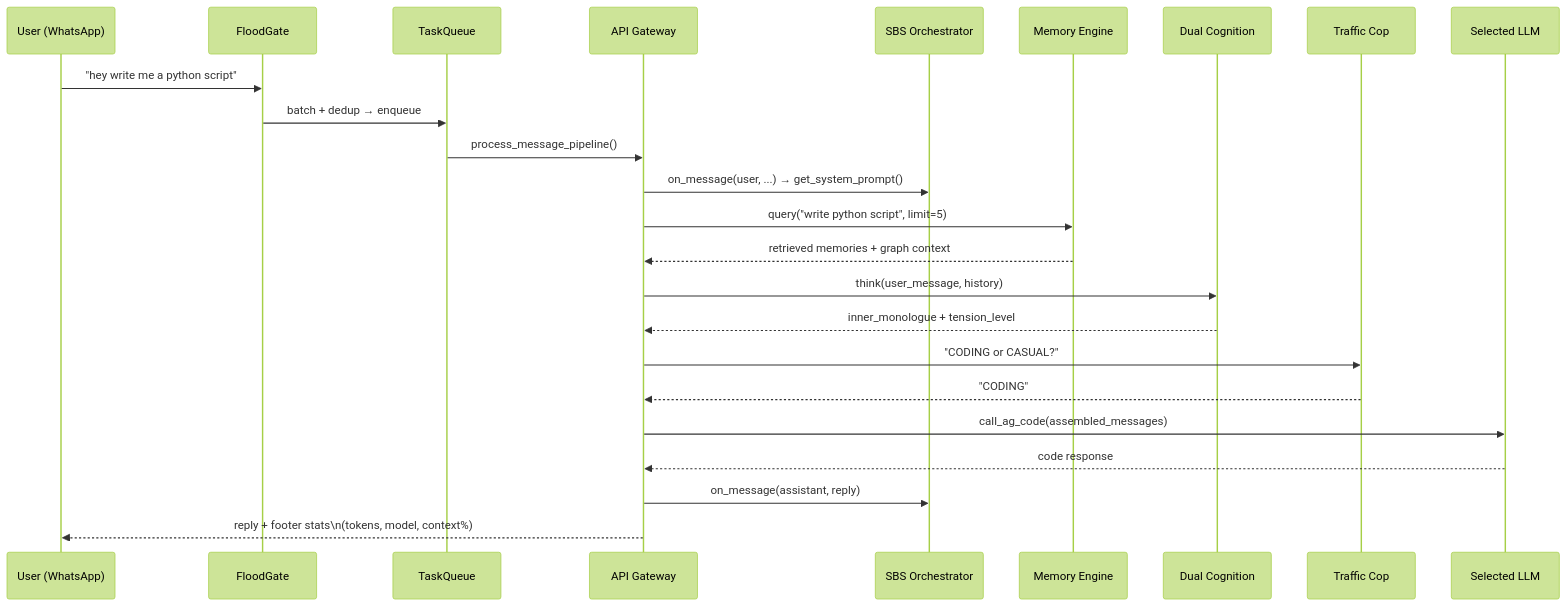
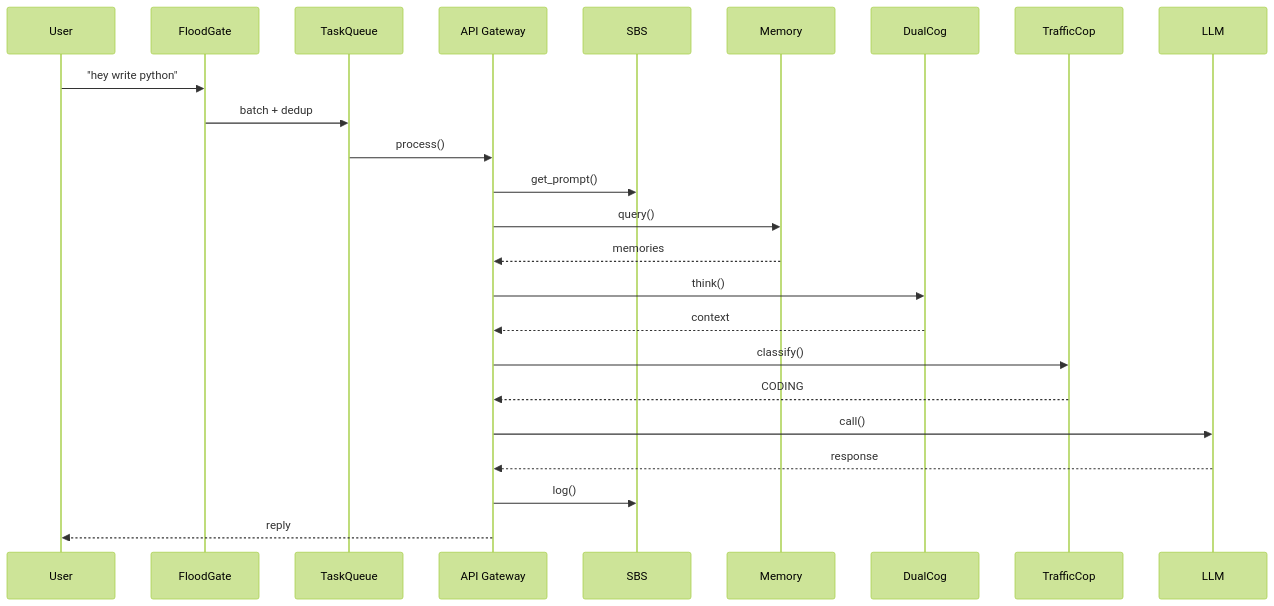
Before and after one commit to UpayanGhosh/Synapse-OSS: the seventh of 7 diagrams in ARCHITECTURE.md, drawn with Mermaid (forest theme). The commit also changed other lines of this file, not shown here.

````diff
--- a/ARCHITECTURE.md
+++ b/ARCHITECTURE.md
@@ -306,27 +304,27 @@
 ```mermaid
 sequenceDiagram
-    participant U  as User (WhatsApp)
+    participant U as User
     participant FG as FloodGate
-    participant Q  as TaskQueue
-    participant G  as API Gateway
-    participant SBS as SBS Orchestrator
-    participant ME as Memory Engine
-    participant DC as Dual Cognition
-    participant TC as Traffic Cop
-    participant LLM as Selected LLM
+    participant Q as TaskQueue
+    participant G as API Gateway
+    participant SBS as SBS
+    participant ME as Memory
+    participant DC as DualCog
+    participant TC as TrafficCop
+    participant LLM as LLM
 
-    U->>FG: "hey write me a python script"
-    FG->>Q: batch + dedup → enqueue
-    Q->>G: process_message_pipeline()
-    G->>SBS: on_message(user, ...) → get_system_prompt()
-    G->>ME: query("write python script", limit=5)
-    ME-->>G: retrieved memories + graph context
-    G->>DC: think(user_message, history)
-    DC-->>G: inner_monologue + tension_level
-    G->>TC: "CODING or CASUAL?"
-    TC-->>G: "CODING"
-    G->>LLM: call_ag_code(assembled_messages)
-    LLM-->>G: code response
-    G->>SBS: on_message(assistant, reply)
-    G-->>U: reply + footer stats\n(tokens, model, context%)
+    U->>FG: "hey write python"
+    FG->>Q: batch + dedup
+    Q->>G: process()
+    G->>SBS: get_prompt()
+    G->>ME: query()
+    ME-->>G: memories
+    G->>DC: think()
+    DC-->>G: context
+    G->>TC: classify()
+    TC-->>G: CODING
+    G->>LLM: call()
+    LLM-->>G: response
+    G->>SBS: log()
+    G-->>U: reply
 ```
````
